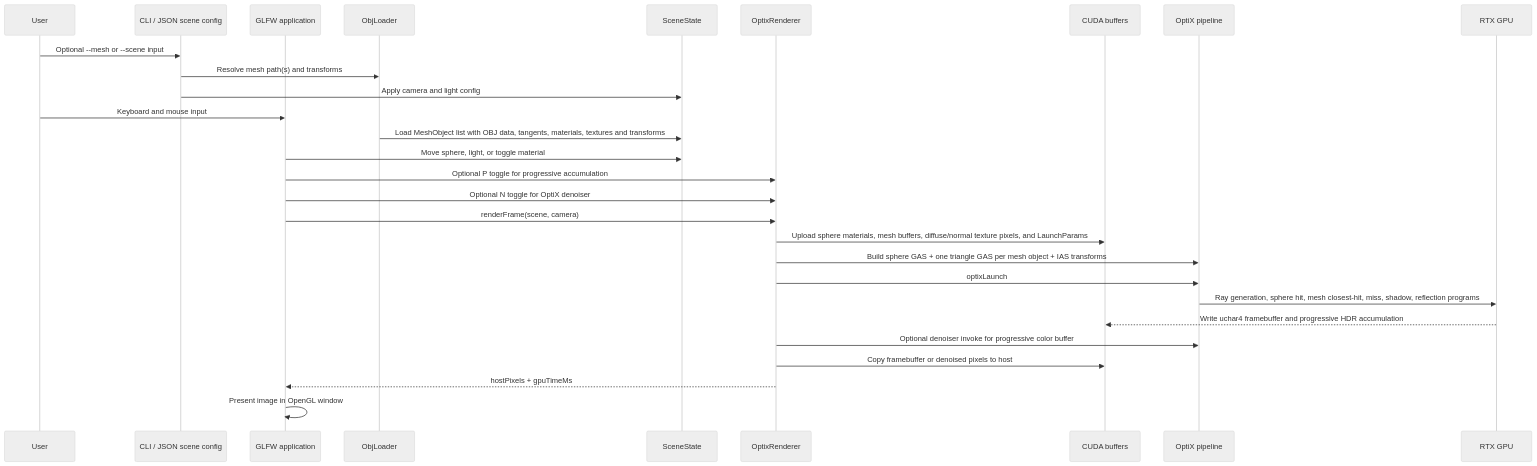
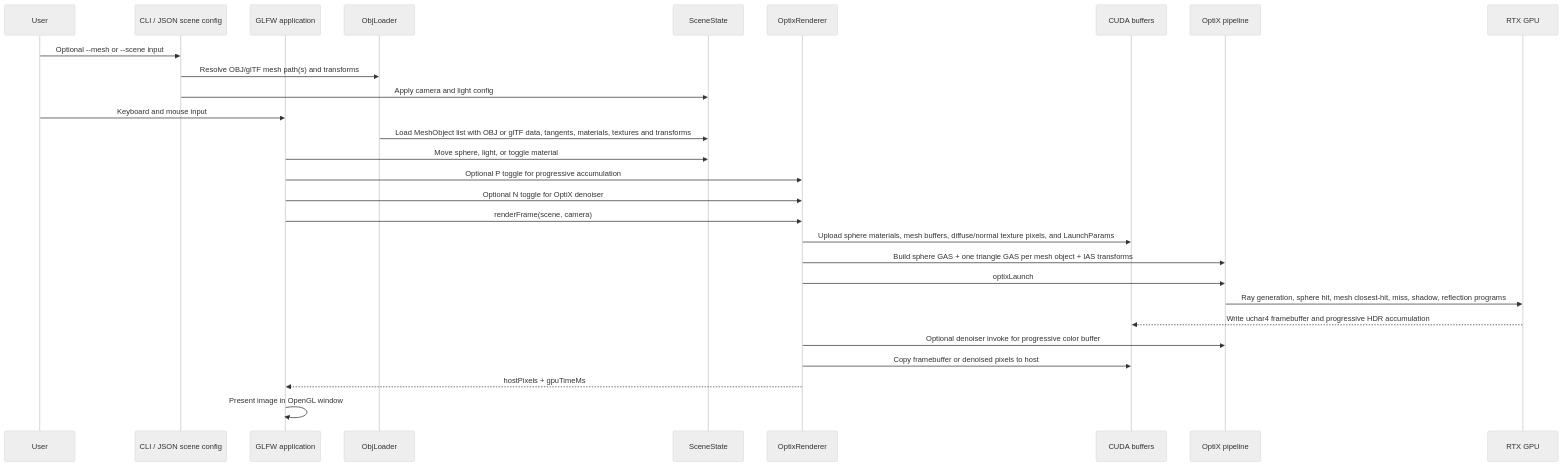
Before and after one commit to Tundraws/RayTracer: the second of 4 diagrams in RayTracerRTX/docs/architecture.md, drawn with Mermaid (neutral theme). The commit also changed other lines of this file and 17 other files, not shown here.

````diff
--- a/RayTracerRTX/docs/architecture.md
+++ b/RayTracerRTX/docs/architecture.md
@@ -49,31 +49,31 @@
 ```mermaid
 sequenceDiagram
     participant User
     participant Args as CLI / JSON scene config
     participant App as GLFW application
     participant ObjLoader as ObjLoader
     participant Scene as SceneState
     participant Renderer as OptixRenderer
     participant CUDA as CUDA buffers
     participant OptiX as OptiX pipeline
     participant GPU as RTX GPU
 
     User->>Args: Optional --mesh or --scene input
-    Args->>ObjLoader: Resolve mesh path(s) and transforms
+    Args->>ObjLoader: Resolve OBJ/glTF mesh path(s) and transforms
     Args->>Scene: Apply camera and light config
     User->>App: Keyboard and mouse input
-    ObjLoader->>Scene: Load MeshObject list with OBJ data, tangents, materials, textures and transforms
+    ObjLoader->>Scene: Load MeshObject list with OBJ or glTF data, tangents, materials, textures and transforms
     App->>Scene: Move sphere, light, or toggle material
     App->>Renderer: Optional P toggle for progressive accumulation
     App->>Renderer: Optional N toggle for OptiX denoiser
     App->>Renderer: renderFrame(scene, camera)
     Renderer->>CUDA: Upload sphere materials, mesh buffers, diffuse/normal texture pixels, and LaunchParams
     Renderer->>OptiX: Build sphere GAS + one triangle GAS per mesh object + IAS transforms
     Renderer->>OptiX: optixLaunch
     OptiX->>GPU: Ray generation, sphere hit, mesh closest-hit, miss, shadow, reflection programs
     GPU-->>CUDA: Write uchar4 framebuffer and progressive HDR accumulation
     Renderer->>OptiX: Optional denoiser invoke for progressive color buffer
     Renderer->>CUDA: Copy framebuffer or denoised pixels to host
     Renderer-->>App: hostPixels + gpuTimeMs
     App->>App: Present image in OpenGL window
 ```
````
